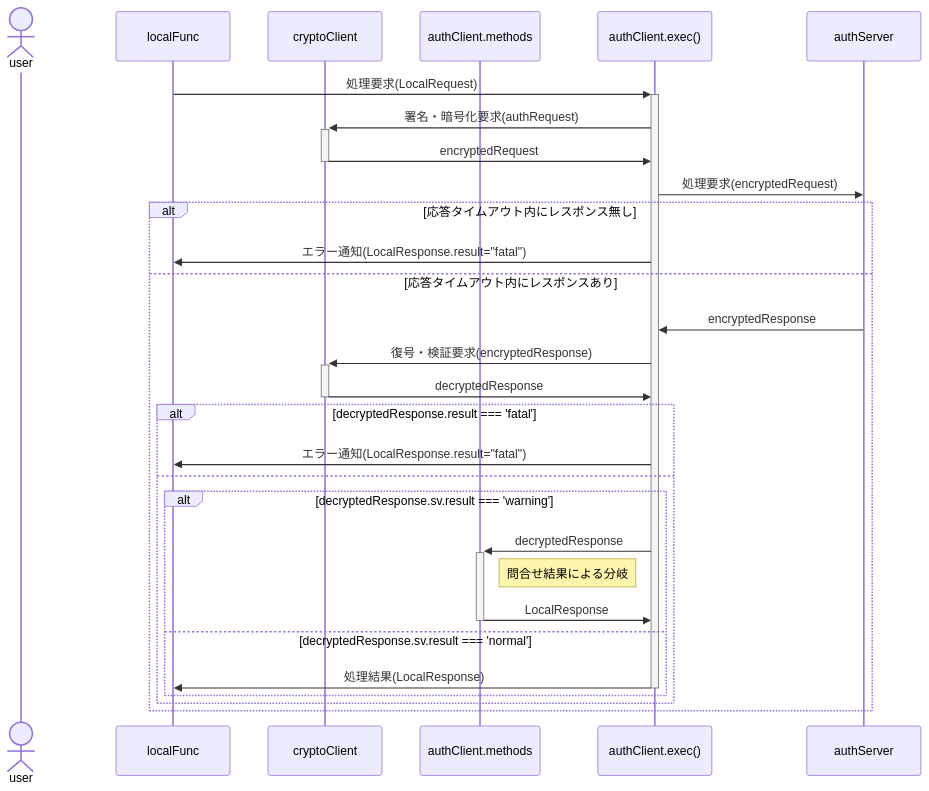
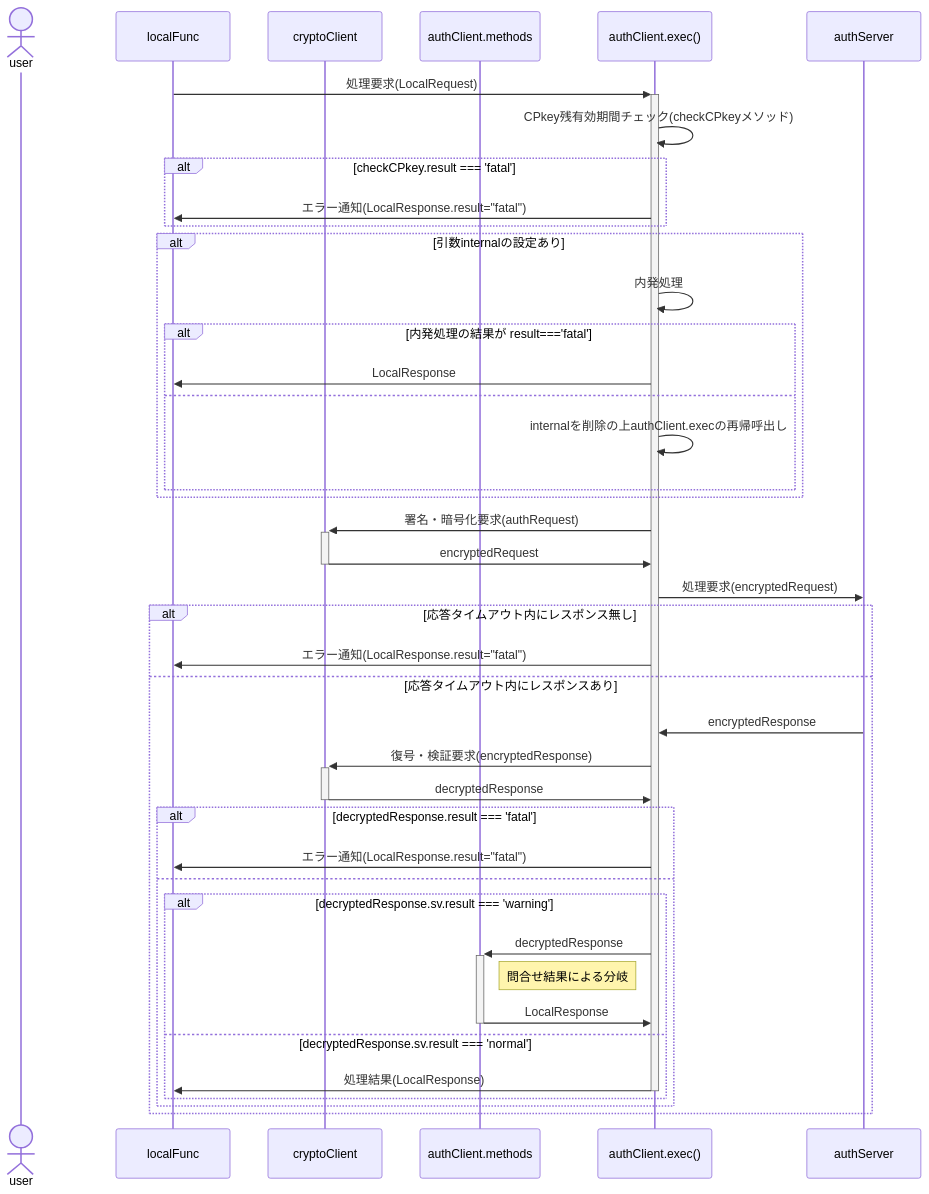
One commit to nakaone/library changed the second of 3 diagrams in underDev/Auth/doc/authClient.md. Above: the diagram before and after it, drawn with Mermaid. The commit also changed other lines of this file and 12 other files, not shown here.

Commit message:
authClient.exec()、CPkey更新処理を追記

````diff
--- a/underDev/Auth/doc/authClient.md
+++ b/underDev/Auth/doc/authClient.md
@@ -144,45 +182,59 @@
 ```mermaid
 sequenceDiagram
 
   actor user
   participant localFunc
   %%participant clientMail
   participant cryptoClient
   %%participant IndexedDB
   %%participant pv
   participant methods as authClient.methods
   participant authClient as authClient.exec()
   participant authServer
   %%participant memberList
   %%participant cryptoServer
   %%participant serverFunc
   %%actor admin
 
   localFunc->>+authClient: 処理要求(LocalRequest)
+
+  authClient->>authClient: CPkey残有効期間チェック(checkCPkeyメソッド)
+  alt checkCPkey.result === 'fatal'
+    authClient->>localFunc: エラー通知(LocalResponse.result="fatal")
+  end
+
+  alt 引数internalの設定あり
+    authClient->>authClient: 内発処理
+    alt 内発処理の結果が result==='fatal'
+      authClient->>localFunc: LocalResponse
+    else
+      authClient->>authClient: internalを削除の上authClient.execの再帰呼出し
+    end
+  end
 
   authClient->>+cryptoClient: 署名・暗号化要求(authRequest)
   cryptoClient->>-authClient: encryptedRequest
 
   authClient->>authServer: 処理要求(encryptedRequest)
 
   alt 応答タイムアウト内にレスポンス無し
     authClient->>localFunc: エラー通知(LocalResponse.result="fatal")
   else 応答タイムアウト内にレスポンスあり
     authServer->>authClient: encryptedResponse
 
     authClient->>+cryptoClient: 復号・検証要求(encryptedResponse)
     cryptoClient->>-authClient: decryptedResponse
 
     alt decryptedResponse.result === 'fatal'
       authClient->>localFunc: エラー通知(LocalResponse.result="fatal")
     else
       alt decryptedResponse.sv.result === 'warning'
         authClient->>+methods: decryptedResponse
         Note left of authClient: 問合せ結果による分岐
         methods->>-authClient: LocalResponse
       else decryptedResponse.sv.result === 'normal'
         authClient->>-localFunc: 処理結果(LocalResponse)
       end
     end
   end
 ```
````
